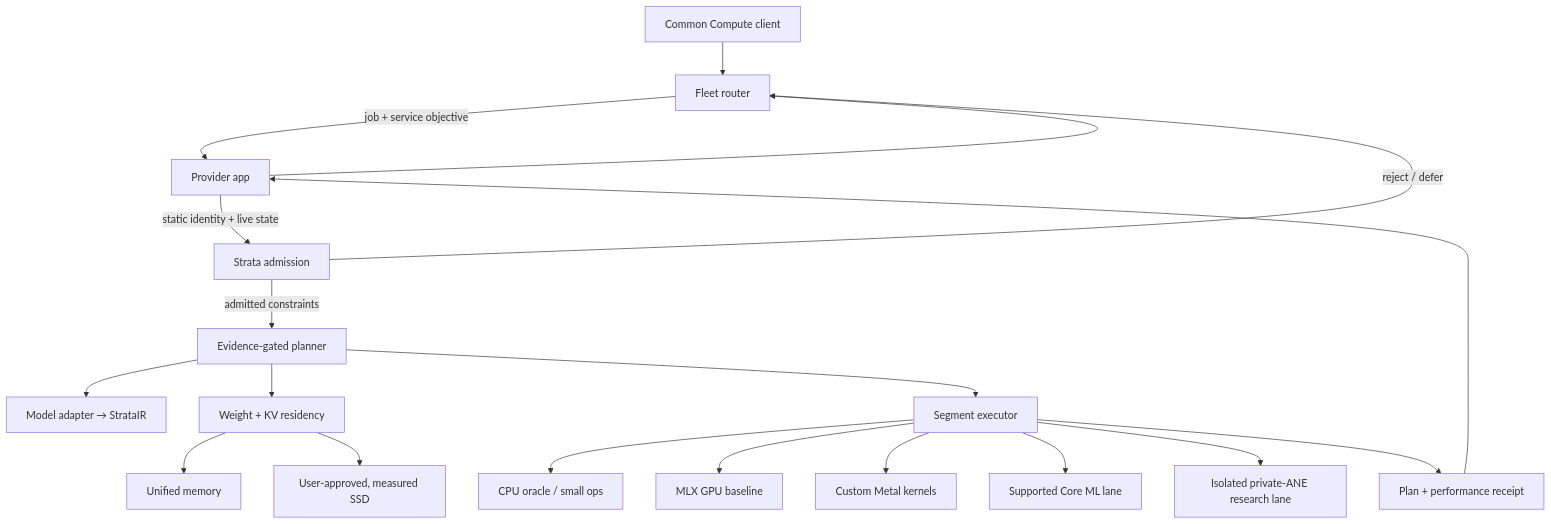
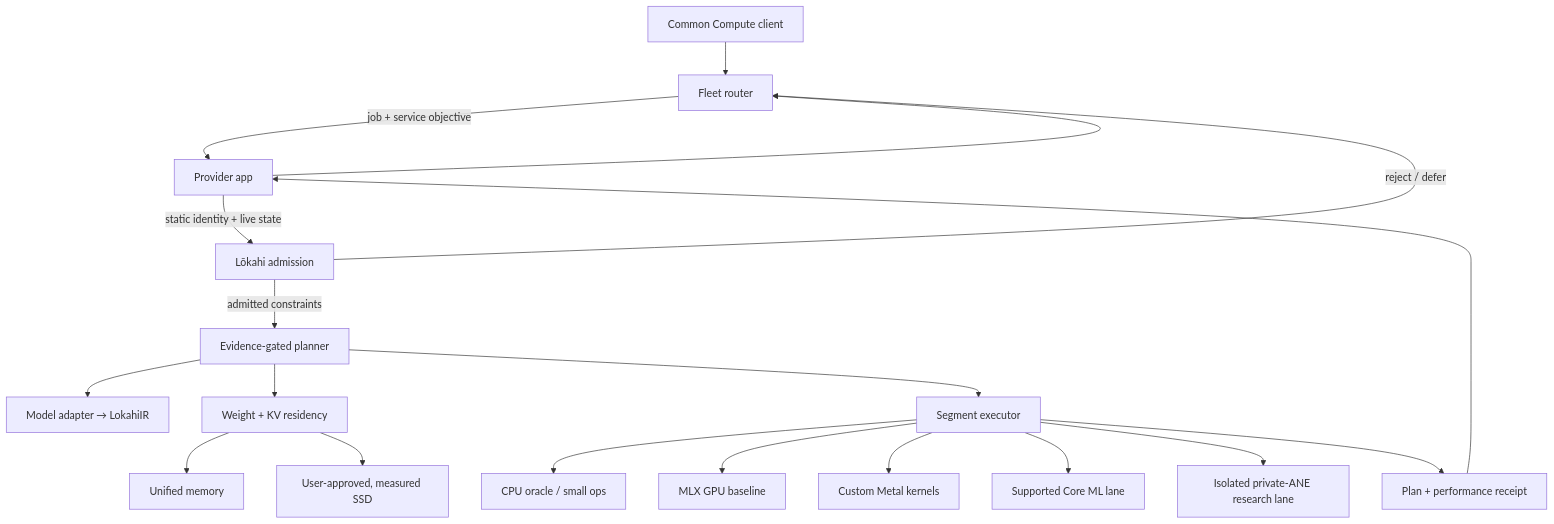
The first of 4 diagrams in docs/COMMON_COMPUTE_RUNTIME.md (Ikaikaalika/strata), drawn with Mermaid before and after one commit. The commit also changed other lines of this file and 199 other files, not shown here.

First line of the commit message:
Rename Strata to Lokahi and ollm package to lokahi

````diff
--- a/docs/COMMON_COMPUTE_RUNTIME.md
+++ b/docs/COMMON_COMPUTE_RUNTIME.md
@@ -86,24 +86,24 @@
 ```mermaid
 flowchart TD
     CLIENT["Common Compute client"] --> ROUTER["Fleet router"]
     ROUTER -->|"job + service objective"| PROVIDER["Provider app"]
-    PROVIDER -->|"static identity + live state"| ADMIT["Strata admission"]
+    PROVIDER -->|"static identity + live state"| ADMIT["Lōkahi admission"]
     ADMIT -->|"reject / defer"| ROUTER
     ADMIT -->|"admitted constraints"| PLAN["Evidence-gated planner"]
 
-    PLAN --> IR["Model adapter → StrataIR"]
+    PLAN --> IR["Model adapter → LokahiIR"]
     PLAN --> RES["Weight + KV residency"]
     PLAN --> EXEC["Segment executor"]
 
     EXEC --> CPU["CPU oracle / small ops"]
     EXEC --> MLX["MLX GPU baseline"]
     EXEC --> METAL["Custom Metal kernels"]
     EXEC --> COREML["Supported Core ML lane"]
     EXEC --> ANE["Isolated private-ANE research lane"]
 
     RES --> RAM["Unified memory"]
     RES --> SSD["User-approved, measured SSD"]
     EXEC --> RECEIPT["Plan + performance receipt"]
     RECEIPT --> PROVIDER
     PROVIDER --> ROUTER
 ```
````
